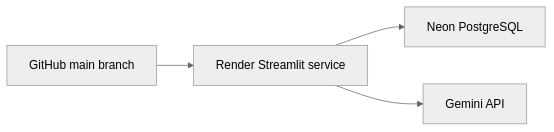
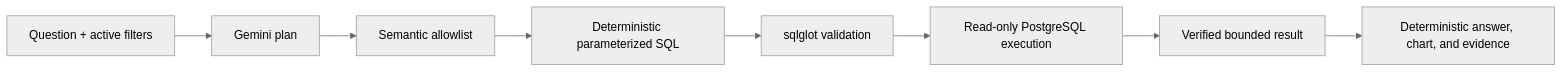
One commit to mahtopriyanshu/InsightFlow-AI changed the second of 2 diagrams in README.md. Above: the diagram before and after it, drawn with Mermaid (neutral theme). The commit also changed other lines of this file and 11 other files, not shown here.

````diff
--- a/README.md
+++ b/README.md
@@ -158,6 +87,10 @@
 ```mermaid
 flowchart LR
-    GH["GitHub main branch"] --> R["Render Streamlit service"]
-    R --> N["Neon PostgreSQL"]
-    R --> G["Gemini API"]
+    Q["Question + active filters"] --> G["Gemini plan"]
+    G --> AL["Semantic allowlist"]
+    AL --> SQL["Deterministic parameterized SQL"]
+    SQL --> V["sqlglot validation"]
+    V --> RO["Read-only PostgreSQL execution"]
+    RO --> R["Verified bounded result"]
+    R --> O["Deterministic answer, chart, and evidence"]
 ```
````
